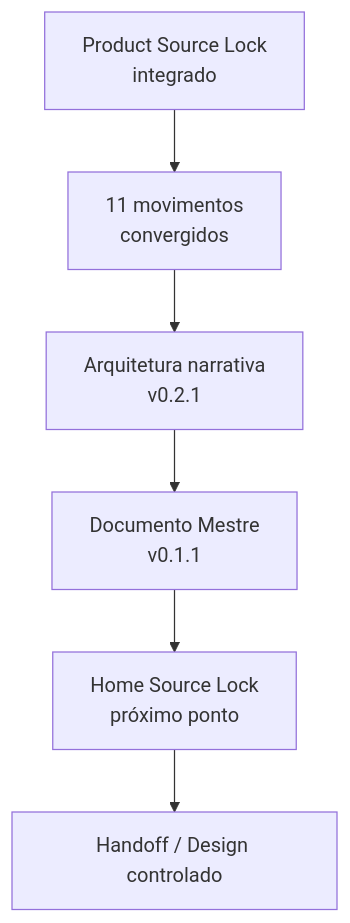
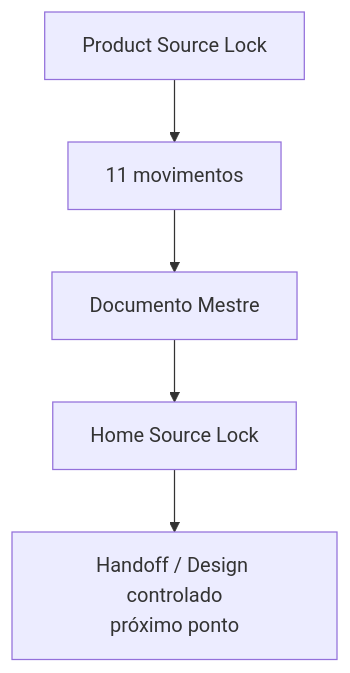
Before and after one commit to guivos-repositorio/Guivos-Knowledge-Repository: the diagram in docs/project/intelligence-home-continuity-checkpoint-2026-08-19.md, drawn with Mermaid. The commit also changed other lines of this file and 1 other file, not shown here.

Commit message:
GKR: congelar Source Lock da Home Intelligence v1

````diff
--- a/docs/project/intelligence-home-continuity-checkpoint-2026-08-19.md
+++ b/docs/project/intelligence-home-continuity-checkpoint-2026-08-19.md
@@ -482,8 +256,7 @@
 ```mermaid
 flowchart TD
-    A[Product Source Lock\nintegrado] --> B[11 movimentos\nconvergidos]
-    B --> C[Arquitetura narrativa\nv0.2.1]
-    C --> D[Documento Mestre\nv0.1.1]
-    D --> E[Home Source Lock\npróximo ponto]
-    E --> F[Handoff / Design controlado]
+    A[Product Source Lock] --> B[11 movimentos]
+    B --> C[Documento Mestre]
+    C --> D[Home Source Lock]
+    D --> E[Handoff / Design controlado\npróximo ponto]
 ```
````
